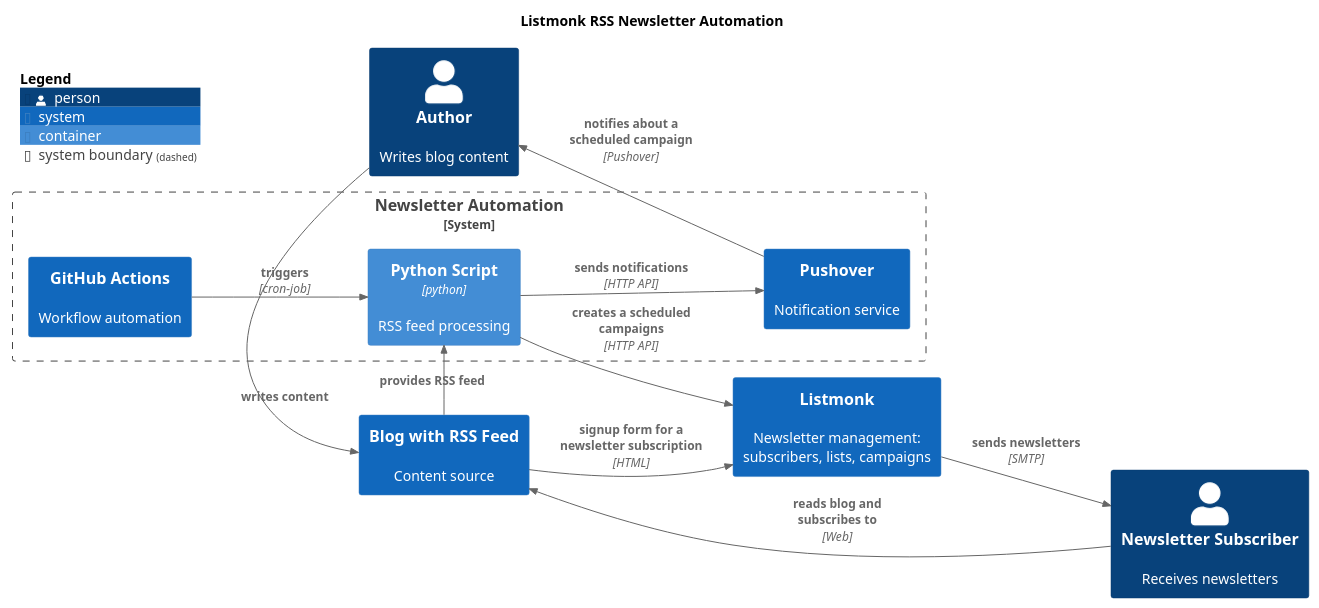
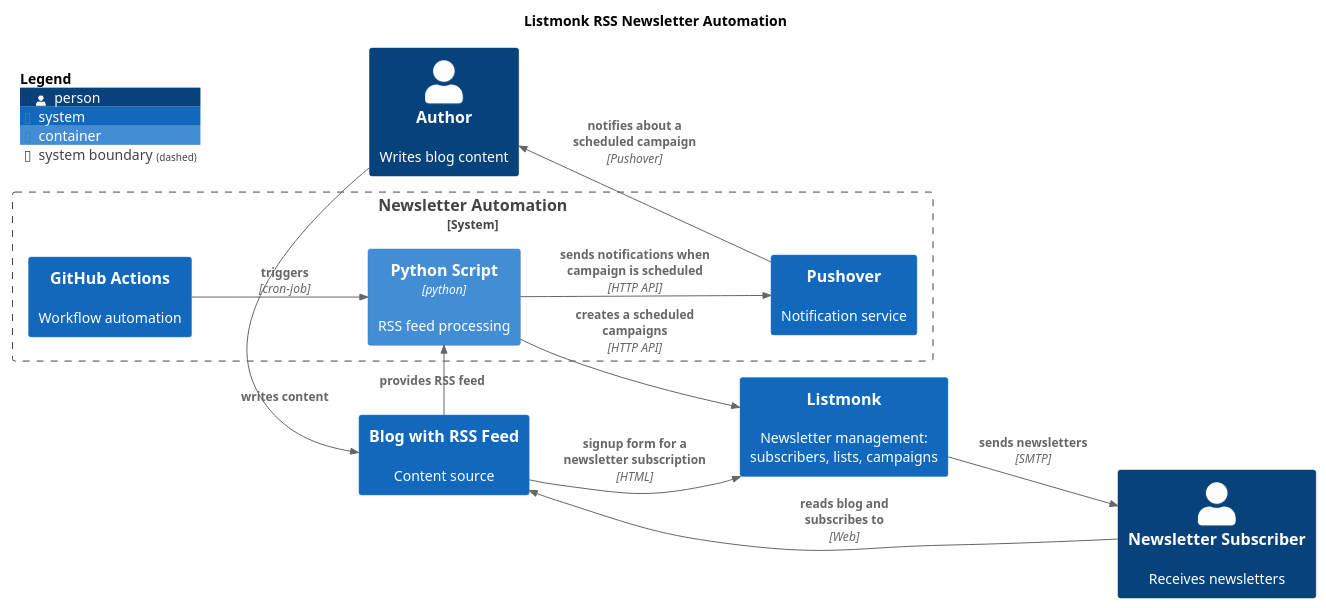
Before and after one commit to sspaeti/listmonk-rss: the diagram in assets/C4/architecture.puml, drawn with PlantUML. The commit also changed 2 other files, not shown here.

```diff
--- a/assets/C4/architecture.puml
+++ b/assets/C4/architecture.puml
@@ -1,40 +1,40 @@
 @startuml
 !include https://raw.githubusercontent.com/plantuml-stdlib/C4-PlantUML/master/C4_Container.puml
 
 ' Adjust layout to be more left-to-right
 left to right direction
 
 
 title Listmonk RSS Newsletter Automation 
 
 ' Define actors and systems
 Person(author, "Author", "Writes blog content")
 Person(subscriber, "Newsletter Subscriber", "Receives newsletters")
 
 ' Automation system boundary
 System_Boundary(system, "Newsletter Automation", "Automated newsletter workflow") {
     Container(script, "Python Script", "python", "RSS feed processing")
     System(github_actions, "GitHub Actions", "Workflow automation")
     System(pushover, "Pushover", "Notification service")
 }
 
 
 ' Content Management Systems boundary
 System(listmonk, "Listmonk", "Newsletter management: subscribers, lists, campaigns")
 System(blog, "Blog with RSS Feed", "Content source")
 
 
 ' Relationships
 Rel_Neighbor(author, blog, "writes content")
 Rel_Neighbor(subscriber, blog, "reads blog and subscribes to", "Web")
 Rel(blog,listmonk, "signup form for a newsletter subscription", "HTML")
 Rel(blog, script, "provides RSS feed")
 Rel(script, listmonk, "creates a scheduled campaigns", "HTTP API")
-Rel(script, pushover, "sends notifications", "HTTP API")
+Rel(script, pushover, "sends notifications when campaign is scheduled", "HTTP API")
 Rel(pushover, author, "notifies about a scheduled campaign", "Pushover")
 Rel(listmonk, subscriber, "sends newsletters", "SMTP")
 Rel(github_actions, script, "triggers", "cron-job")
 
 SHOW_FLOATING_LEGEND()
 
 @enduml
```
